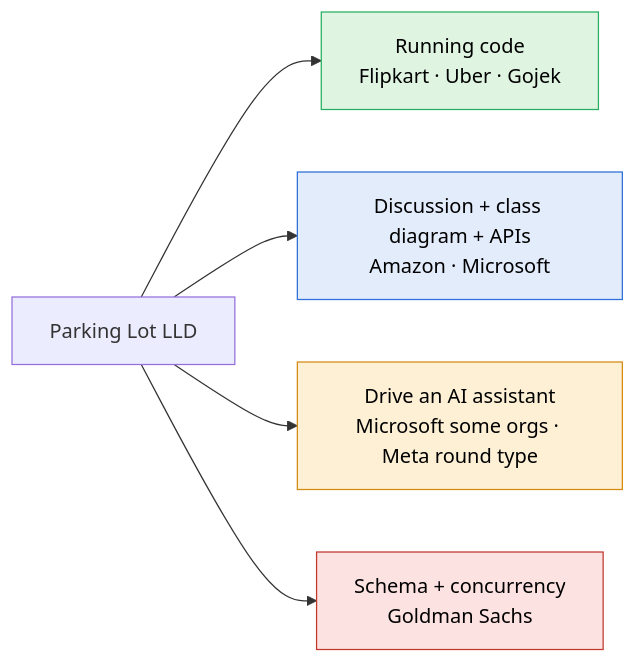
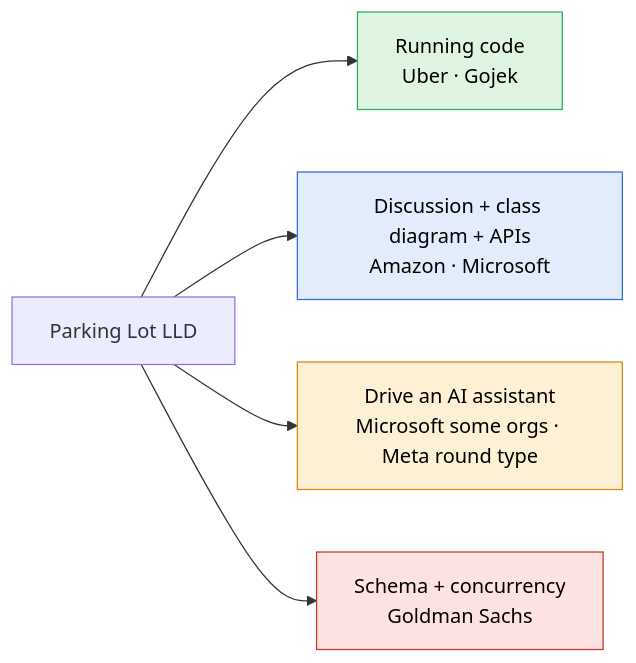
One commit to Dummy-Bug/system-design-handbook changed the diagram in Low Level Design/Case Studies/A - Domain Modeling/01 Parking Lot Research.md. Above: the diagram before and after it, drawn with Mermaid. The commit also changed other lines of this file and 2 other files, not shown here.

````diff
--- a/Low Level Design/Case Studies/A - Domain Modeling/01 Parking Lot Research.md
+++ b/Low Level Design/Case Studies/A - Domain Modeling/01 Parking Lot Research.md
@@ -16,15 +16,15 @@
 ```mermaid
 flowchart LR
-    P[Parking Lot LLD] --> C[Running code<br/>Flipkart · Uber · Gojek]
+    P[Parking Lot LLD] --> C[Running code<br/>Uber · Gojek]
     P --> D[Discussion + class diagram + APIs<br/>Amazon · Microsoft]
     P --> A[Drive an AI assistant<br/>Microsoft some orgs · Meta round type]
     P --> S[Schema + concurrency<br/>Goldman Sachs]
     classDef c fill:#dff5e1,stroke:#27ae60,color:#000
     classDef d fill:#e3ecfb,stroke:#2e6fd8,color:#000
     classDef a fill:#fdf0d5,stroke:#d68910,color:#000
     classDef s fill:#fde2e2,stroke:#c0392b,color:#000
     class C c
     class D d
     class A a
     class S s
 ```
````
